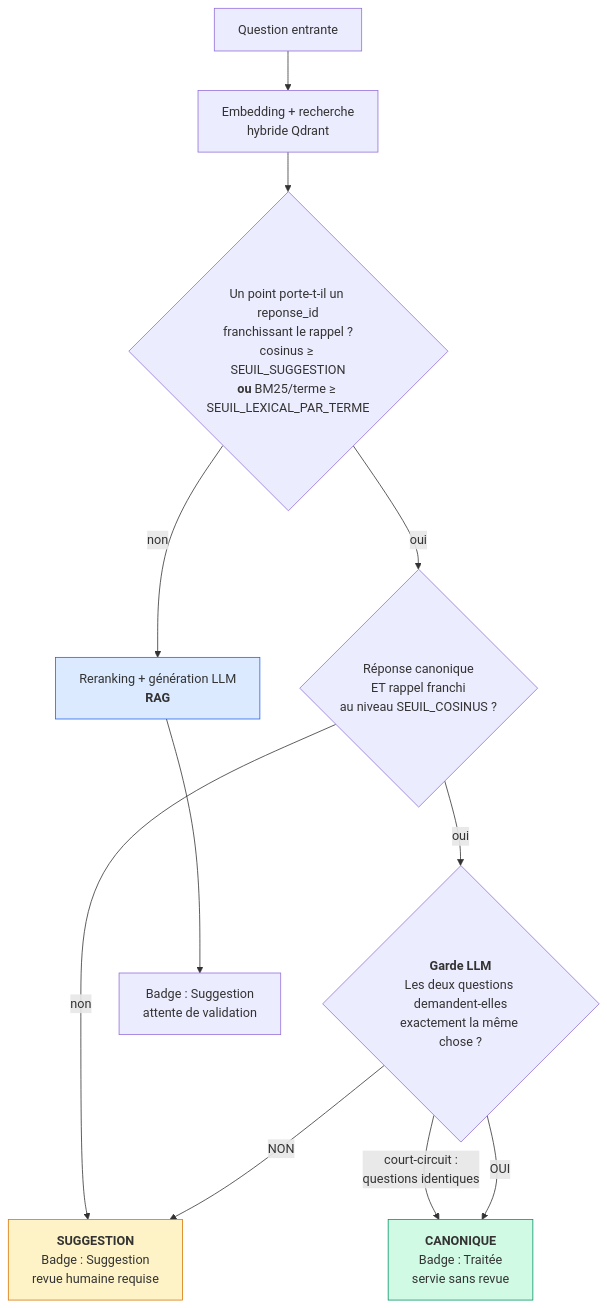
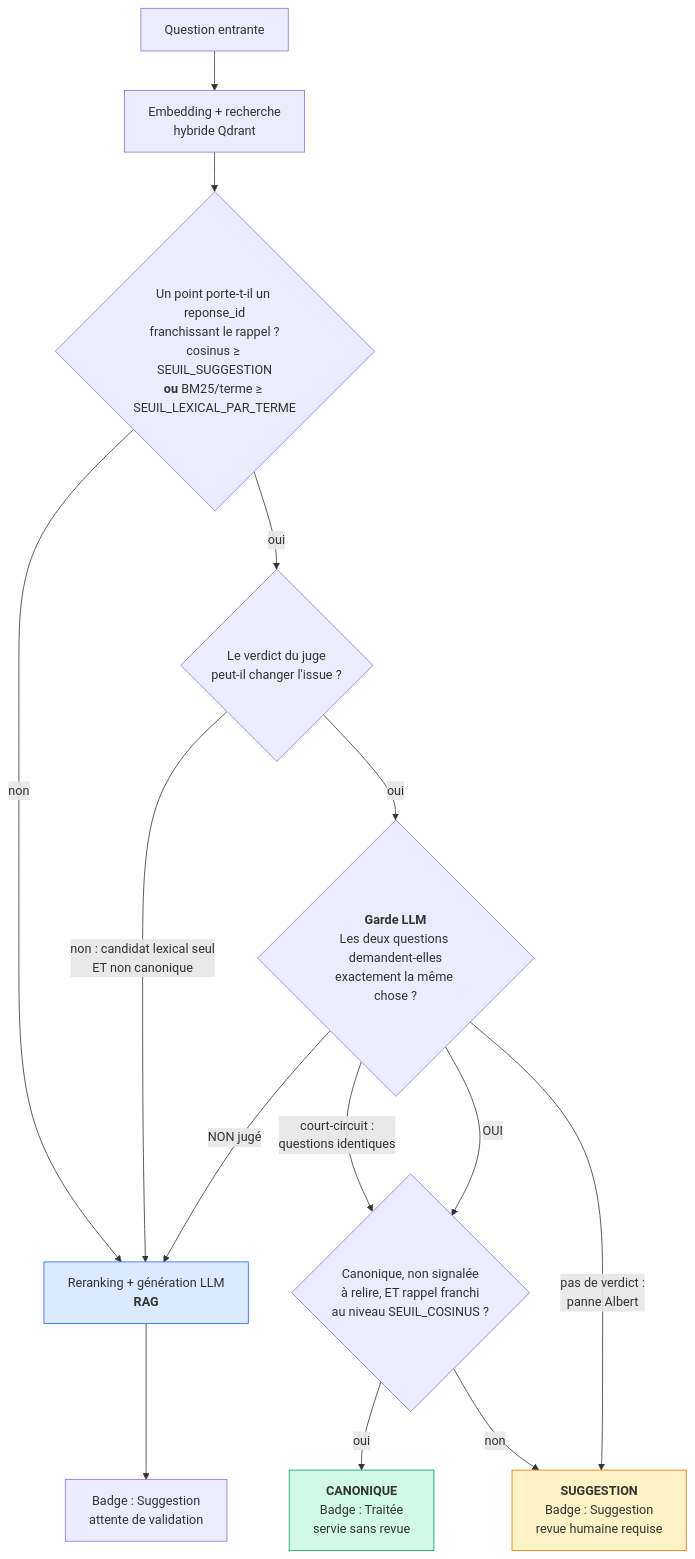
The second of 2 diagrams in Docs/fonctionnalites/labels-et-categories.md (ThomasHWD/TicketAI), drawn with Mermaid before and after one commit. The commit also changed other lines of this file and 8 other files, not shown here.

````diff
--- a/Docs/fonctionnalites/labels-et-categories.md
+++ b/Docs/fonctionnalites/labels-et-categories.md
@@ -98,21 +98,24 @@
 ```mermaid
 flowchart TD
     A[Question entrante] --> B[Embedding + recherche<br/>hybride Qdrant]
     B --> C{Un point porte-t-il un reponse_id<br/>franchissant le rappel ?<br/>cosinus ≥ SEUIL_SUGGESTION<br/><b>ou</b> BM25/terme ≥ SEUIL_LEXICAL_PAR_TERME}
 
     C -->|non| G[Reranking + génération LLM<br/><b>RAG</b>]
-    C -->|oui| D{Réponse canonique<br/>ET rappel franchi<br/>au niveau SEUIL_COSINUS ?}
+    C -->|oui| D{Le verdict du juge<br/>peut-il changer l'issue ?}
 
-    D -->|non| F[<b>SUGGESTION</b><br/>Badge : Suggestion<br/>revue humaine requise]
+    D -->|non : candidat lexical seul<br/>ET non canonique| G
     D -->|oui| E{<b>Garde LLM</b><br/>Les deux questions demandent-elles<br/>exactement la même chose ?}
 
-    E -->|court-circuit :<br/>questions identiques| H
-    E -->|OUI| H[<b>CANONIQUE</b><br/>Badge : Traitée<br/>servie sans revue]
-    E -->|NON| F
+    E -->|court-circuit :<br/>questions identiques| D2
+    E -->|OUI| D2{Canonique, non signalée<br/>à relire, ET rappel franchi<br/>au niveau SEUIL_COSINUS ?}
+    D2 -->|oui| H[<b>CANONIQUE</b><br/>Badge : Traitée<br/>servie sans revue]
+    D2 -->|non| F[<b>SUGGESTION</b><br/>Badge : Suggestion<br/>revue humaine requise]
+    E -->|NON jugé| G
+    E -->|pas de verdict :<br/>panne Albert| F
 
     G --> I[Badge : Suggestion<br/>attente de validation]
 
     style H fill:#d1fae5,stroke:#059669
     style F fill:#fef3c7,stroke:#d97706
     style G fill:#dbeafe,stroke:#2563eb
 ```
````
